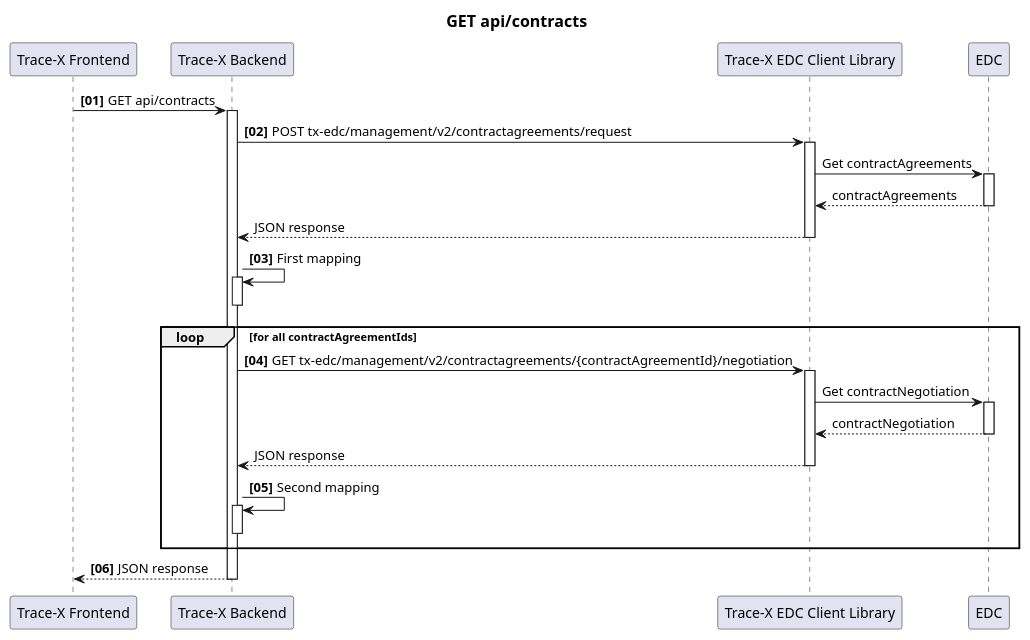
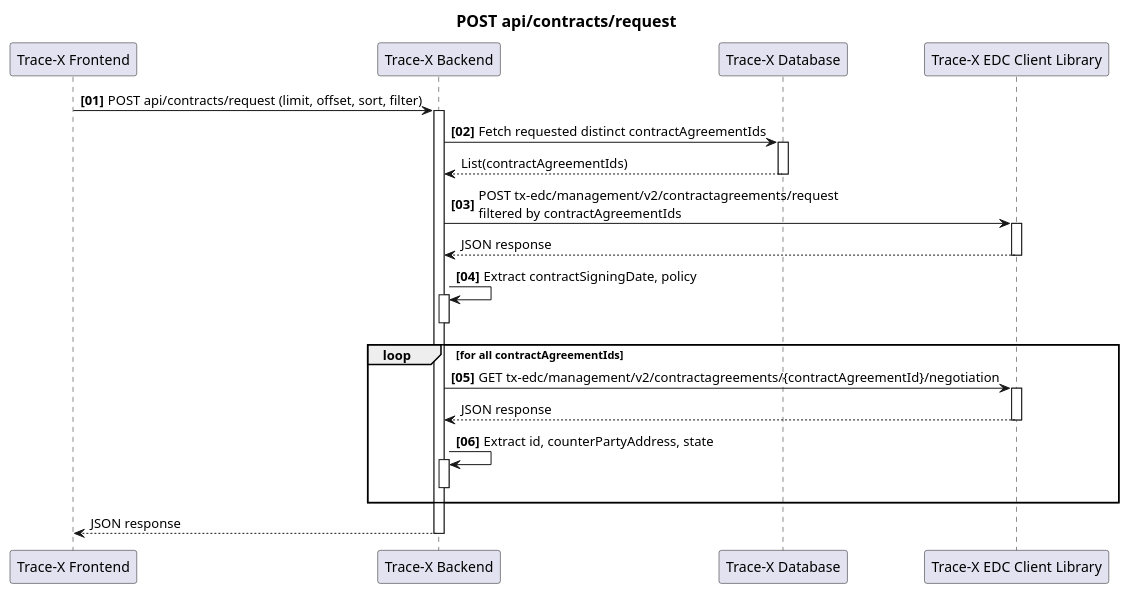
The diagram in docs/concept/#638-contractagreement-admin-view/get-all-contracts-sequenceflow.puml (eclipse-tractusx/traceability-foss), drawn with PlantUML before and after one commit. The commit also changed 4 other files, not shown here.

```diff
--- a/docs/concept/#638-contractagreement-admin-view/get-all-contracts-sequenceflow.puml
+++ b/docs/concept/#638-contractagreement-admin-view/get-all-contracts-sequenceflow.puml
@@ -1,46 +1,50 @@
 @startuml
 title
-    ==GET api/contracts
+    ==POST api/contracts/request
 end title
 
 autonumber "<B>[00]"
 
 participant "Trace-X Frontend" as FE order 0
 participant "Trace-X Backend" as BE order 1
-participant "Trace-X EDC Client Library" as TXEDC order 2
-participant "EDC" as EDC order 3
+participant "Trace-X Database" as DB order 2
+participant "Trace-X EDC Client Library" as EDC order 3
 
-FE -> BE: GET api/contracts
+FE -> BE: POST api/contracts/request (limit, offset, sort, filter)
+
 activate BE
-BE -> TXEDC: POST tx-edc/management/v2/contractagreements/request
-activate TXEDC
+BE -> DB: Fetch requested distinct contractAgreementIds
+activate DB
 autonumber stop
-TXEDC -> EDC: Get contractAgreements
+DB --> BE: List(contractAgreementIds)
+autonumber resume
+deactivate DB
+
+BE -> EDC: POST tx-edc/management/v2/contractagreements/request \nfiltered by contractAgreementIds
 activate EDC
-EDC --> TXEDC: contractAgreements
+autonumber stop
+EDC --> BE: JSON response
+autonumber resume
 deactivate EDC
-TXEDC --> BE: JSON response
-autonumber resume
-deactivate TXEDC
-BE -> BE: First mapping
+BE -> BE: Extract contractSigningDate, policy
 activate BE
 deactivate BE
+
 loop for all contractAgreementIds
-BE -> TXEDC: GET tx-edc/management/v2/contractagreements/{contractAgreementId}/negotiation
-activate TXEDC
+BE -> EDC: GET tx-edc/management/v2/contractagreements/{contractAgreementId}/negotiation
+activate EDC
 autonumber stop
-TXEDC -> EDC: Get contractNegotiation
-activate EDC
-EDC --> TXEDC: contractNegotiation
+EDC --> BE: JSON response
+autonumber resume
 deactivate EDC
-TXEDC --> BE: JSON response
-autonumber resume
-deactivate TXEDC
-BE -> BE: Second mapping
+BE -> BE: Extract id, counterPartyAddress, state
 activate BE
 deactivate BE
 end
+
+autonumber stop
 BE --> FE: JSON response
+autonumber resume
 deactivate BE
 
 @enduml
```
